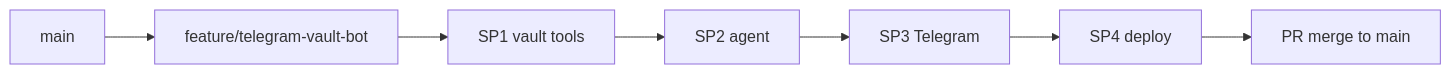
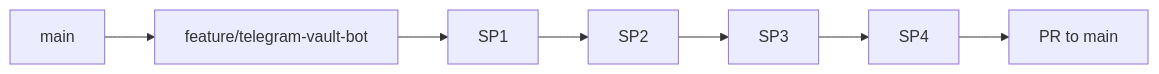
One commit to ethan-frost-xyz/founders-notes changed the first of 2 diagrams in .cursor/plans/telegram_rag_bot_v0.plan.md. Above: the diagram before and after it, drawn with Mermaid. The commit also changed other lines of this file and 11 other files, not shown here.

First line of the commit message:
plans: split telegram vault master into focused SP1–SP4 sub-plans

````diff
--- a/.cursor/plans/telegram_rag_bot_v0.plan.md
+++ b/.cursor/plans/telegram_rag_bot_v0.plan.md
@@ -99,10 +55,10 @@
 ```mermaid
 flowchart LR
   main[main]
   main --> feat[feature/telegram-vault-bot]
-  feat --> sp1[SP1 vault tools]
-  sp1 --> sp2[SP2 agent]
-  sp2 --> sp3[SP3 Telegram]
-  sp3 --> sp4[SP4 deploy]
-  sp4 --> pr[PR merge to main]
+  feat --> sp1[SP1]
+  sp1 --> sp2[SP2]
+  sp2 --> sp3[SP3]
+  sp3 --> sp4[SP4]
+  sp4 --> pr[PR to main]
 ```
````
